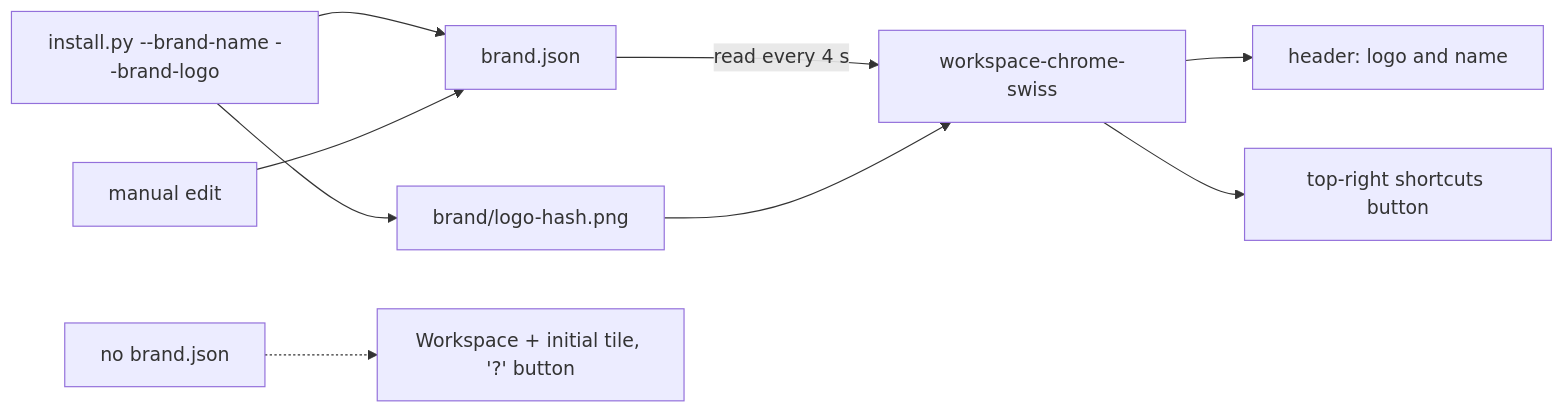
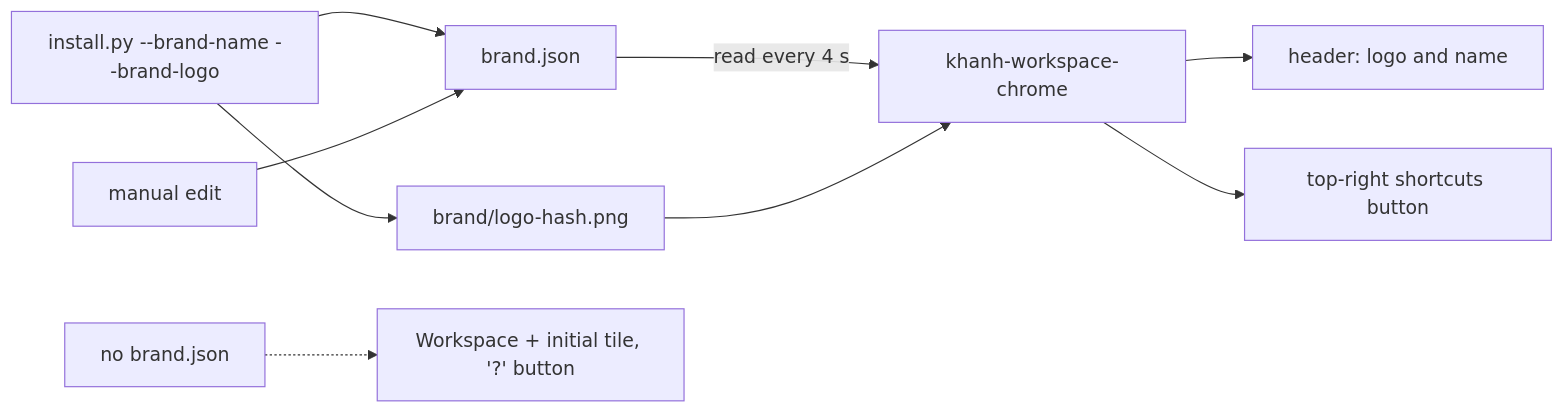
One commit to TQKNG/khanh-agent-workspace changed the tenth of 12 diagrams in herdr-layouts/khanh-personal/ARCHITECTURE.md. Above: the diagram before and after it, drawn with Mermaid. The commit also changed other lines of this file and 367 other files, not shown here.

````diff
--- a/herdr-layouts/khanh-personal/ARCHITECTURE.md
+++ b/herdr-layouts/khanh-personal/ARCHITECTURE.md
@@ -199,11 +199,11 @@
 ```mermaid
 flowchart LR
     INST["install.py --brand-name --brand-logo"] --> BJ["brand.json"]
     INST --> BD["brand/logo-hash.png"]
     HAND["manual edit"] --> BJ
-    BJ -->|"read every 4 s"| WC["workspace-chrome-swiss"]
+    BJ -->|"read every 4 s"| WC["khanh-workspace-chrome"]
     BD --> WC
     WC --> HDR["header: logo and name"]
     WC --> BTN["top-right shortcuts button"]
     NONE["no brand.json"] -.-> DEF["Workspace + initial tile, '?' button"]
 ```
````
